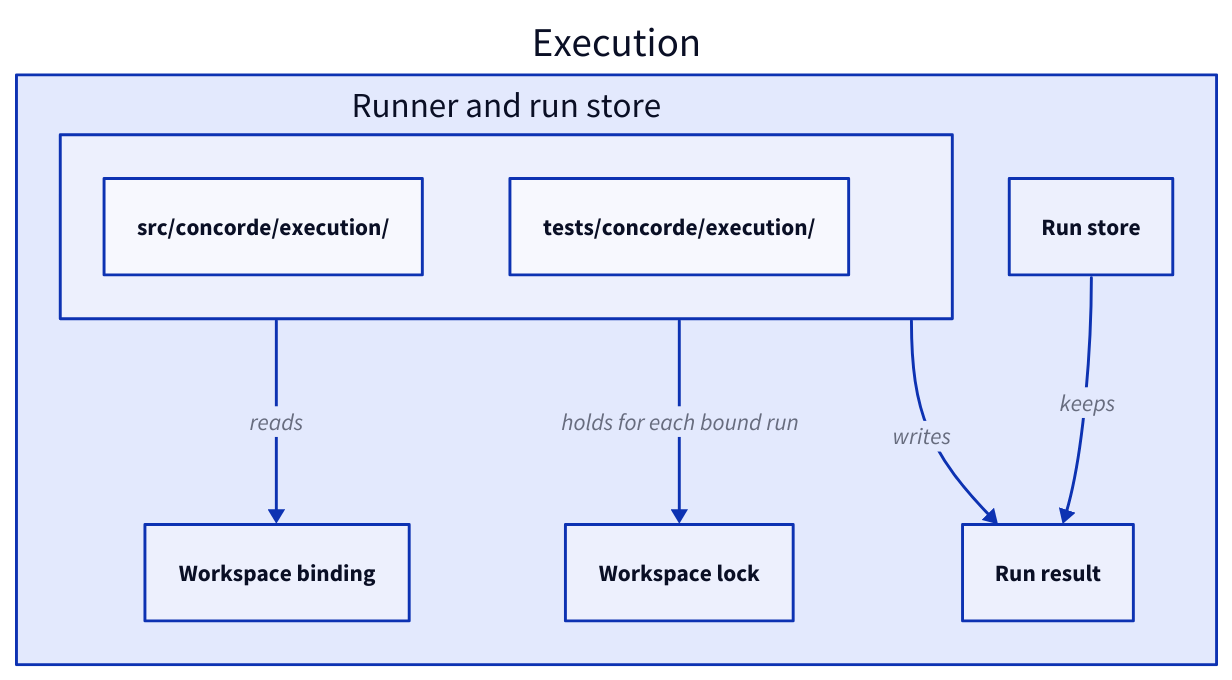
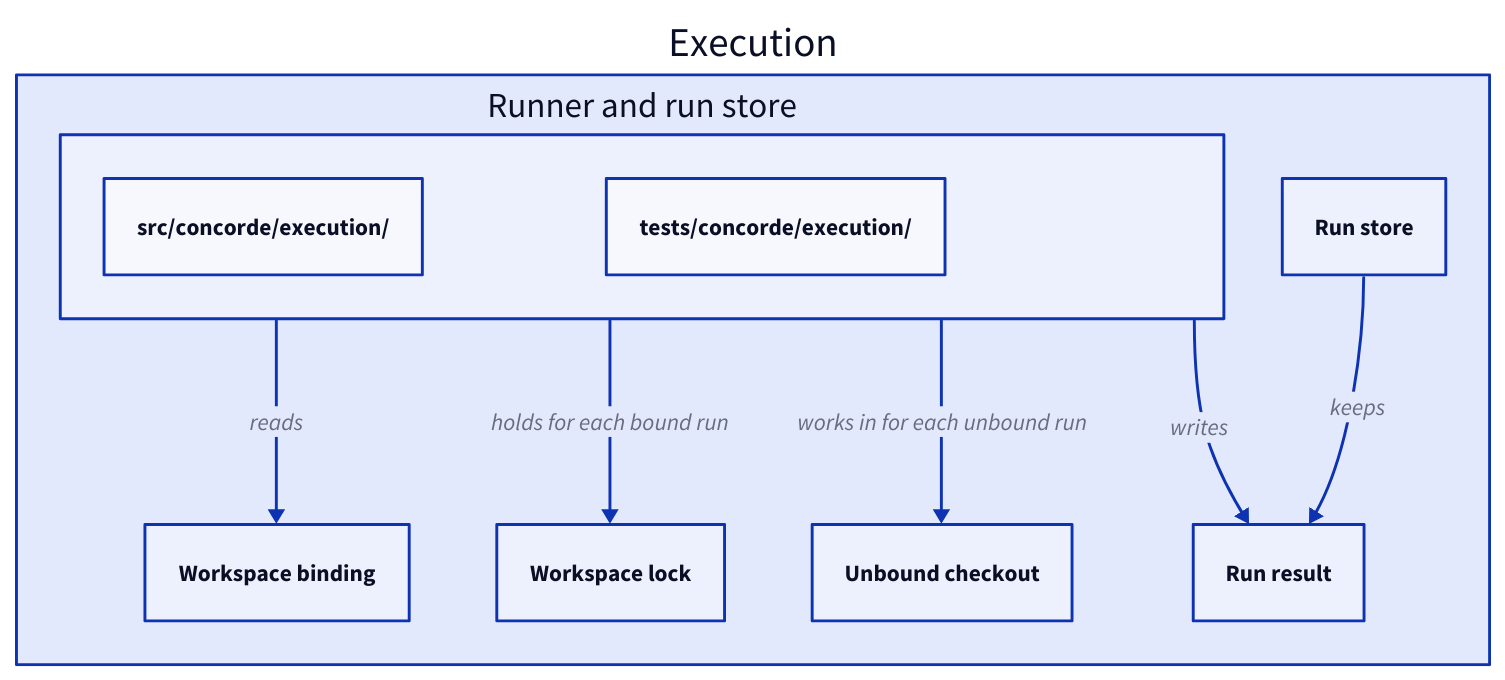
Before and after one commit to FTOD/concorde: the first of 2 diagrams in specs/concorde/execution/module.md, drawn with D2. The commit also changed other lines of this file and 25 other files, not shown here.

First line of the commit message:
Run every unbound run in a throwaway detached checkout of HEAD

````diff
--- a/specs/concorde/execution/module.md
+++ b/specs/concorde/execution/module.md
@@ -187,16 +221,18 @@
 ```d2
 execution: Execution {
   runner: Runner and run store {
     "src/concorde/execution/"
     "tests/concorde/execution/"
   }
   binding: Workspace binding
   result: Run result
   lock: Workspace lock
   store: Run store
+  checkout: Unbound checkout
   runner -> binding: reads
   runner -> lock: holds for each bound run
+  runner -> checkout: works in for each unbound run
   runner -> result: writes
   store -> result: keeps
 }
 ```
````
